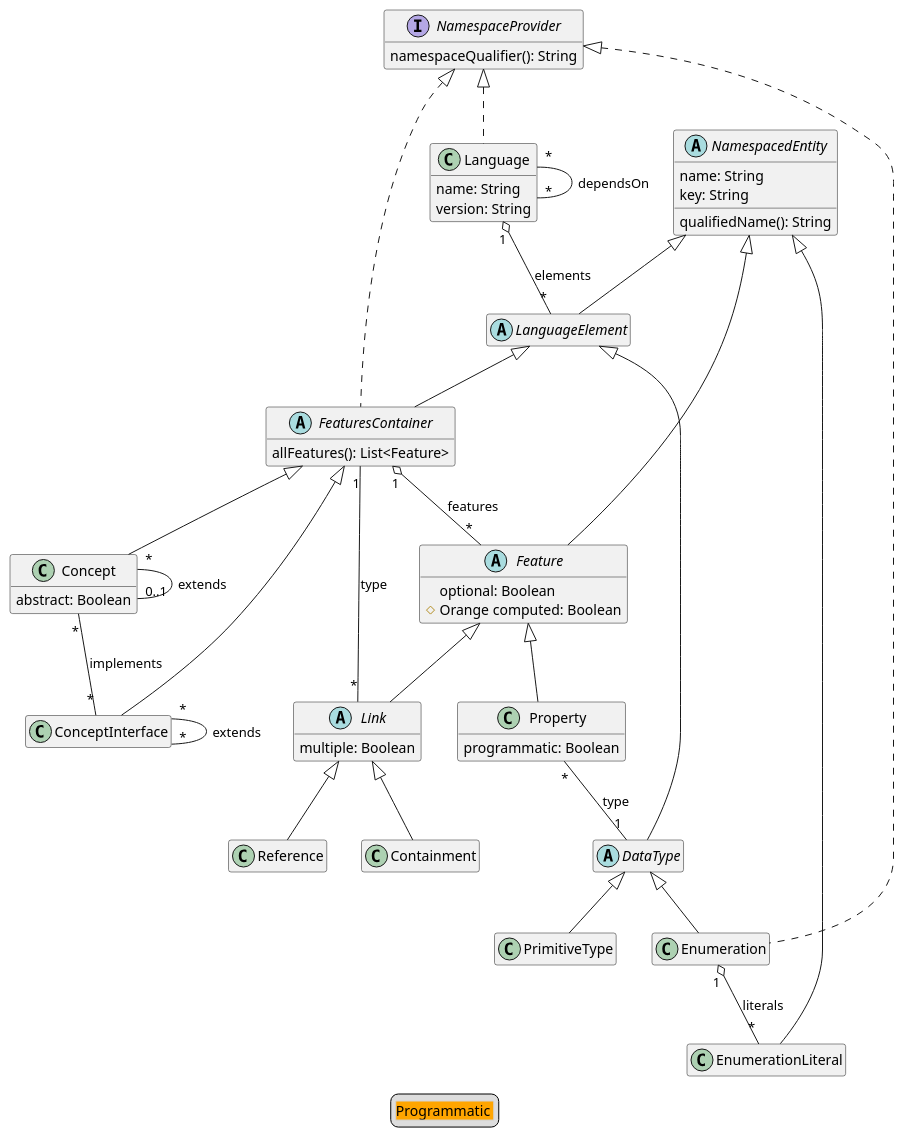
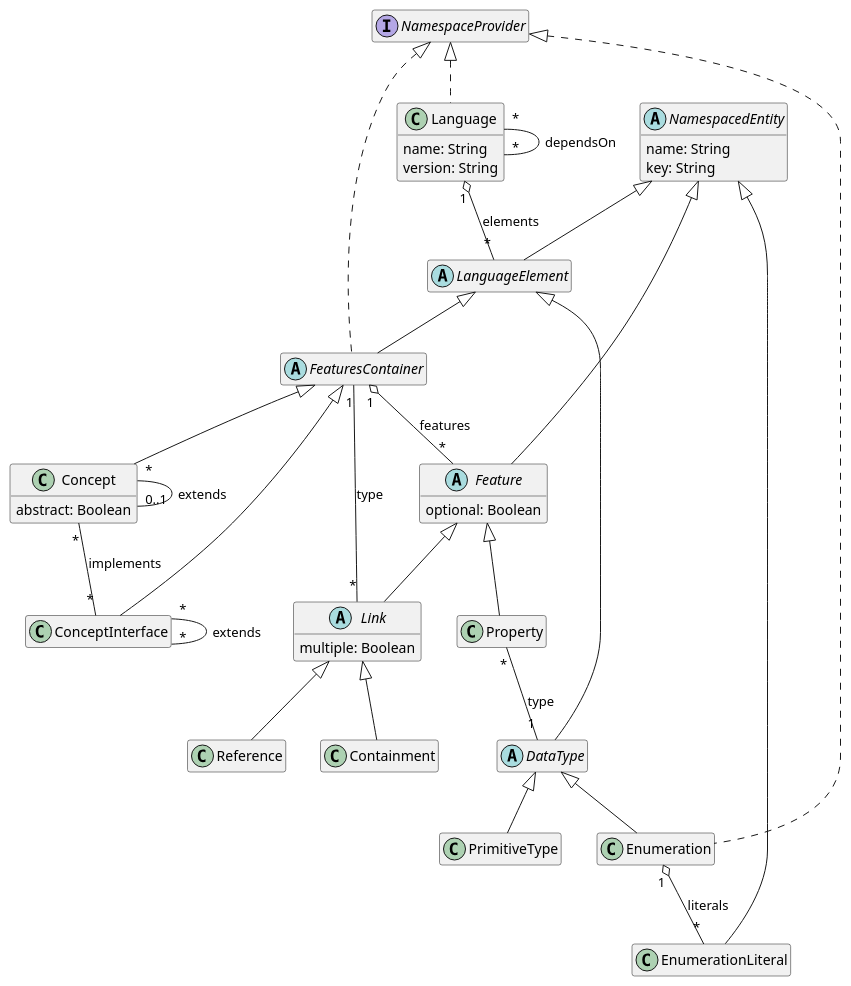
One commit to LionWeb-io/lionweb-typescript changed the diagram in diagrams/metametamodel-gen.puml. Above: the diagram before and after it, drawn with PlantUML. The commit also changed 16 other files, not shown here.

Commit message:
remove derived(/computed) (+ programmatic) from M3

```diff
--- a/diagrams/metametamodel-gen.puml
+++ b/diagrams/metametamodel-gen.puml
@@ -1,85 +1,73 @@
 @startuml
 hide empty members
 
 ' qualified name: "LIonCore.M3"
 
 
 class Concept extends FeaturesContainer {
   abstract: Boolean
 }
 
 class ConceptInterface extends FeaturesContainer
 
 class Containment extends Link
 
 abstract class DataType extends LanguageElement
 
 class Enumeration extends DataType implements NamespaceProvider
 
 class EnumerationLiteral extends NamespacedEntity
 
 abstract class Feature extends NamespacedEntity {
   optional: Boolean
-  #Orange computed: Boolean
 }
 
-abstract class FeaturesContainer extends LanguageElement implements NamespaceProvider {
-  allFeatures(): List<Feature>
-}
+abstract class FeaturesContainer extends LanguageElement implements NamespaceProvider
 
 class Language implements NamespaceProvider {
   name: String
   version: String
 }
 
 abstract class LanguageElement extends NamespacedEntity
 
 abstract class Link extends Feature {
   multiple: Boolean
 }
 
-interface NamespaceProvider {
-  namespaceQualifier(): String
-}
-
+interface NamespaceProvider
 abstract class NamespacedEntity {
   name: String
   key: String
-  qualifiedName(): String
 }
 
 class PrimitiveType extends DataType
 
-class Property extends Feature {
-  programmatic: Boolean
-}
+class Property extends Feature
 
 class Reference extends Link
 
 
 
 ' relations:
 
 Concept "*" -- "0..1" Concept: extends
 Concept "*" -- "*" ConceptInterface: implements
 ConceptInterface "*" -- "*" ConceptInterface: extends
 
 
 Enumeration "1" o-- "*" EnumerationLiteral: literals
 
 
 FeaturesContainer "1" o-- "*" Feature: features
 Language "1" o-- "*" LanguageElement: elements
 Language "*" -- "*" Language: dependsOn
 
 Link "*" -- "1" FeaturesContainer: type
 
 
 
 Property "*" -- "1" DataType: type
 
 
-legend
-  <#LightGray,#LightGray>| <#Orange>Programmatic |
-end legend
 @enduml
```
